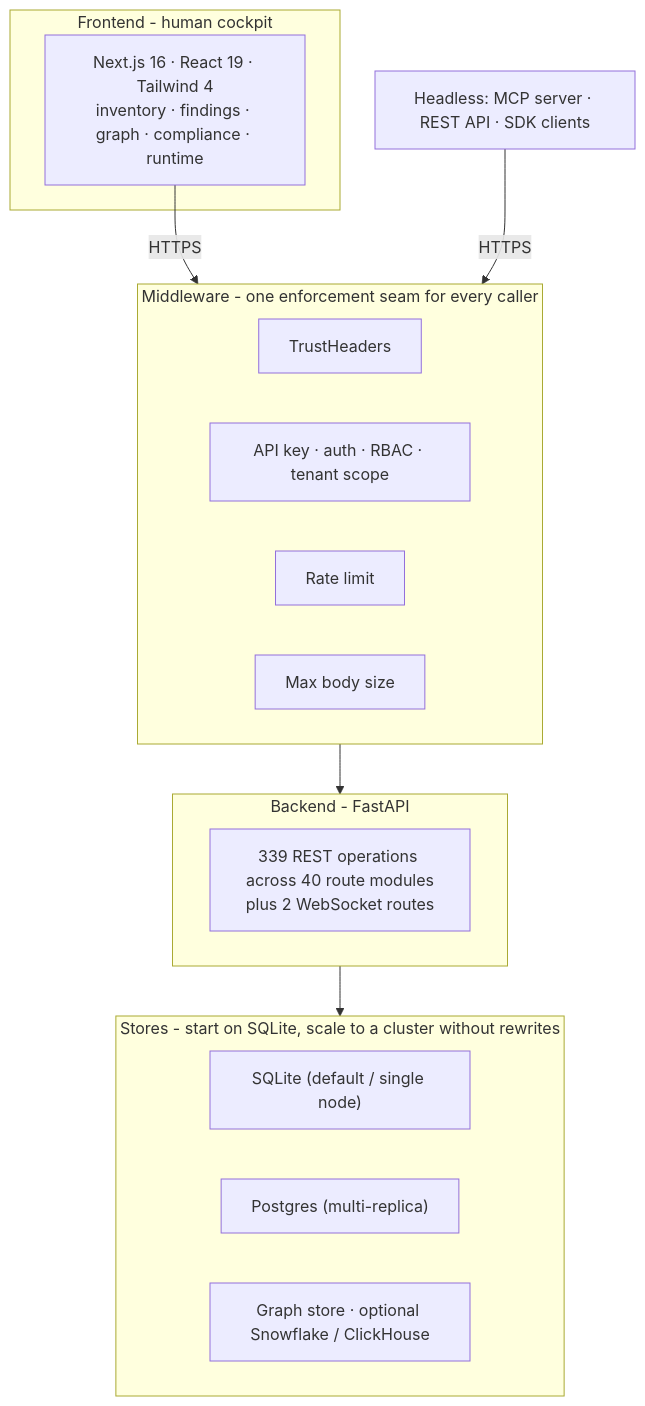
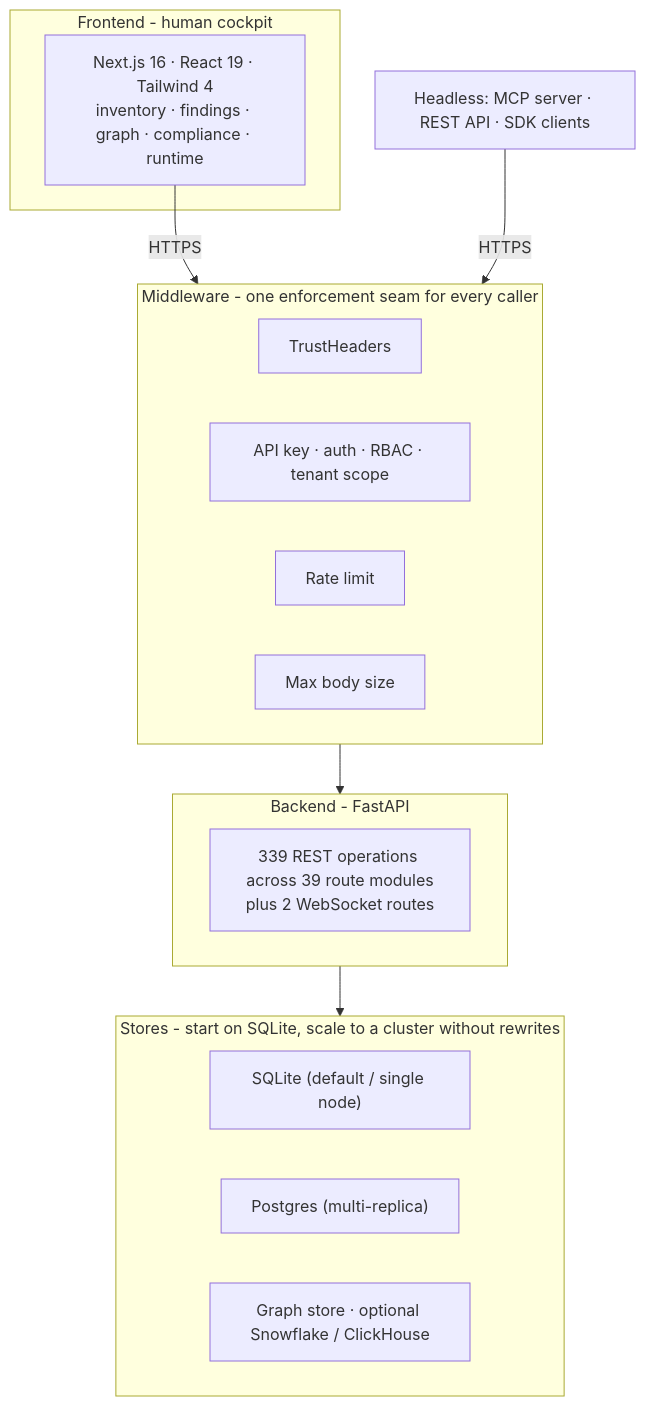
Before and after one commit to msaad00/agent-bom: the fourth of 9 diagrams in docs/ARCHITECTURE.md, drawn with Mermaid. The commit also changed 1 other file, not shown here.

Commit message:
fix(governance): align route-module counts

````diff
--- a/docs/ARCHITECTURE.md
+++ b/docs/ARCHITECTURE.md
@@ -146,26 +146,26 @@
 ```mermaid
 flowchart TB
     subgraph FE["Frontend - human cockpit"]
         UI["Next.js 16 · React 19 · Tailwind 4\ninventory · findings · graph · compliance · runtime"]
     end
     subgraph MW["Middleware - one enforcement seam for every caller"]
         M1["TrustHeaders"]
         M2["API key · auth · RBAC · tenant scope"]
         M3["Rate limit"]
         M4["Max body size"]
     end
     subgraph BE["Backend - FastAPI"]
-        R["339 REST operations across 40 route modules\nplus 2 WebSocket routes"]
+        R["339 REST operations across 39 route modules\nplus 2 WebSocket routes"]
     end
     subgraph ST["Stores - start on SQLite, scale to a cluster without rewrites"]
         S1["SQLite (default / single node)"]
         S2["Postgres (multi-replica)"]
         S3["Graph store · optional Snowflake / ClickHouse"]
     end
 
     EXTAGENT["Headless: MCP server · REST API · SDK clients"]
 
     UI -->|HTTPS| MW
     EXTAGENT -->|HTTPS| MW
     MW --> BE --> ST
 ```
````
